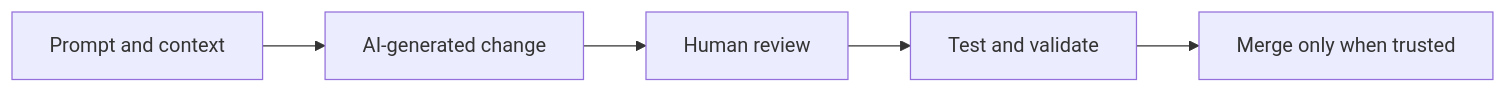
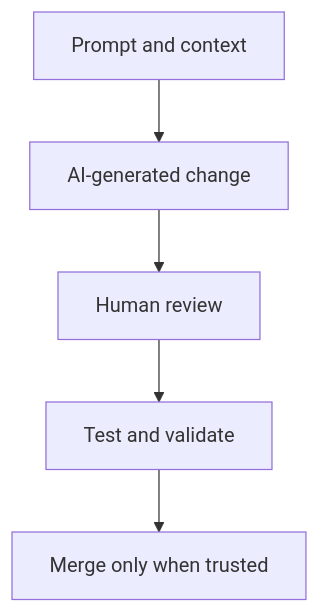
The first of 2 diagrams in Slides/individual-slides/safety-measures-best-practices.md (j0hnnymiller/AI-Assisted-Software-Development), drawn with Mermaid before and after one commit. The commit also changed 16 other files, not shown here.

````diff
--- a/Slides/individual-slides/safety-measures-best-practices.md
+++ b/Slides/individual-slides/safety-measures-best-practices.md
@@ -81,7 +81,7 @@
 ```mermaid
-flowchart LR
+flowchart TB
     A[Prompt and context] --> B[AI-generated change]
     B --> C[Human review]
     C --> D[Test and validate]
     D --> E[Merge only when trusted]
 ```
````
